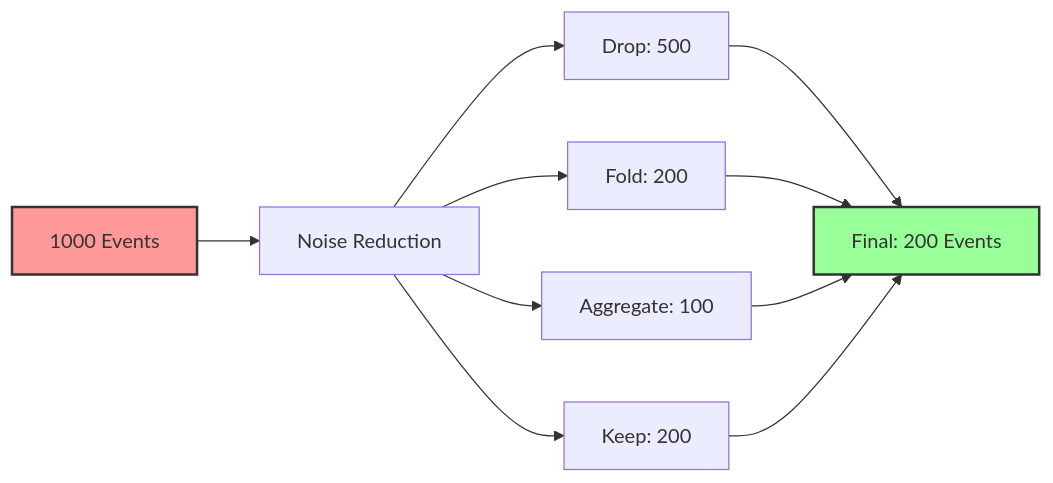
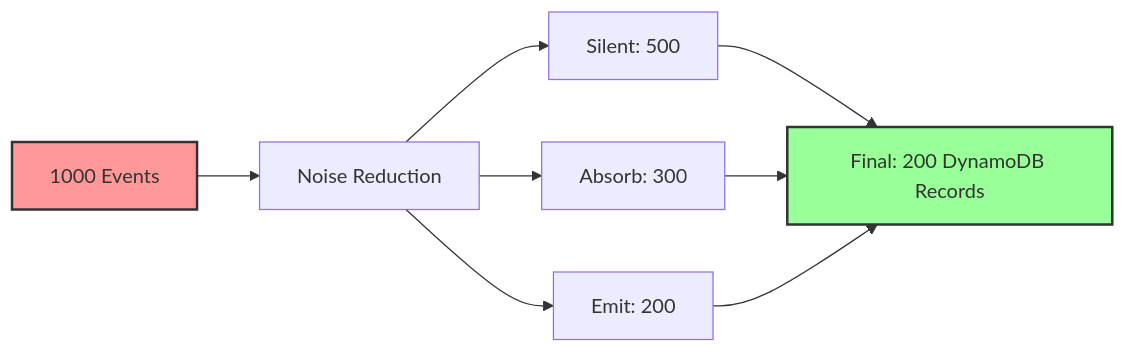
One commit to ten24group/fw24 changed the sixth of 9 diagrams in src/observability/README.md. Above: the diagram before and after it, drawn with Mermaid. The commit also changed other lines of this file and 70 other files, not shown here.

````diff
--- a/src/observability/README.md
+++ b/src/observability/README.md
@@ -749,16 +704,14 @@
 ```mermaid
 graph LR
     A[1000 Events] --> B[Noise Reduction]
-    B --> C[Drop: 500]
-    B --> D[Fold: 200]
-    B --> E[Aggregate: 100]
-    B --> F[Keep: 200]
+    B --> C[Silent: 500]
+    B --> D[Absorb: 300]
+    B --> E[Emit: 200]
     
-    C --> G[Final: 200 Events]
-    D --> G
-    E --> G
-    F --> G
+    C --> F[Final: 200 DynamoDB Records]
+    D --> F
+    E --> F
     
     style A fill:#f99,stroke:#333,stroke-width:2px
-    style G fill:#9f9,stroke:#333,stroke-width:2px
+    style F fill:#9f9,stroke:#333,stroke-width:2px
 ```
````
